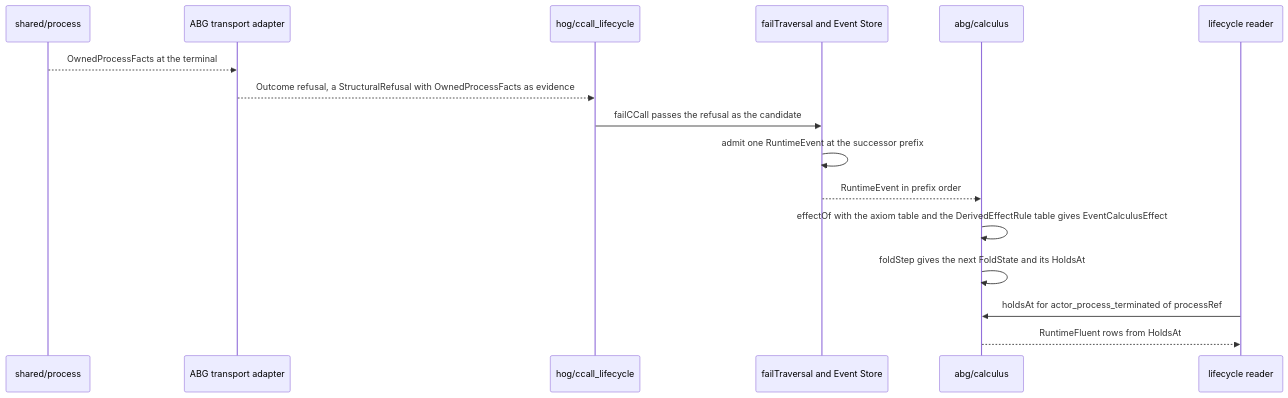
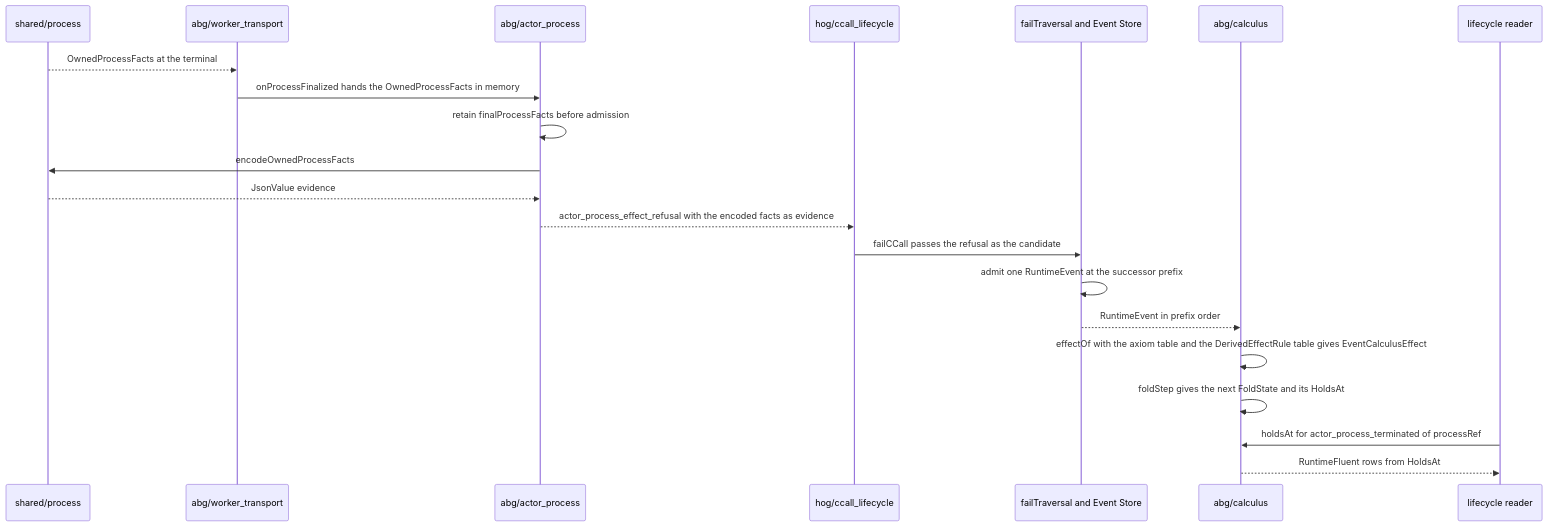
The third of 6 diagrams in build_tenants/abiogenesis/typescript/design/ABI5_COMMON_COMPUTATIONAL_CAPABILITY_LIBRARY_DESIGN.md (foolishimp/abiogenesis), drawn with Mermaid before and after one commit. The commit also changed other lines of this file and 3 other files, not shown here.

First line of the commit message:
Step 1 repair: carry B14 (observation, admission, derived state; refusal route; D5 alternative)

````diff
--- a/build_tenants/abiogenesis/typescript/design/ABI5_COMMON_COMPUTATIONAL_CAPABILITY_LIBRARY_DESIGN.md
+++ b/build_tenants/abiogenesis/typescript/design/ABI5_COMMON_COMPUTATIONAL_CAPABILITY_LIBRARY_DESIGN.md
@@ -365,18 +374,23 @@
 ```mermaid
 sequenceDiagram
   participant L as shared/process
-  participant T as ABG transport adapter
+  participant T as abg/worker_transport
+  participant A as abg/actor_process
   participant H as hog/ccall_lifecycle
   participant E as failTraversal and Event Store
   participant C as abg/calculus
   participant R as lifecycle reader
   L-->>T: OwnedProcessFacts at the terminal
-  T-->>H: Outcome refusal, a StructuralRefusal with OwnedProcessFacts as evidence
+  T->>A: onProcessFinalized hands the OwnedProcessFacts in memory
+  A->>A: retain finalProcessFacts before admission
+  A->>L: encodeOwnedProcessFacts
+  L-->>A: JsonValue evidence
+  A-->>H: actor_process_effect_refusal with the encoded facts as evidence
   H->>E: failCCall passes the refusal as the candidate
   E->>E: admit one RuntimeEvent at the successor prefix
   E-->>C: RuntimeEvent in prefix order
   C->>C: effectOf with the axiom table and the DerivedEffectRule table gives EventCalculusEffect
   C->>C: foldStep gives the next FoldState and its HoldsAt
   R->>C: holdsAt for actor_process_terminated of processRef
   C-->>R: RuntimeFluent rows from HoldsAt
 ```
````
